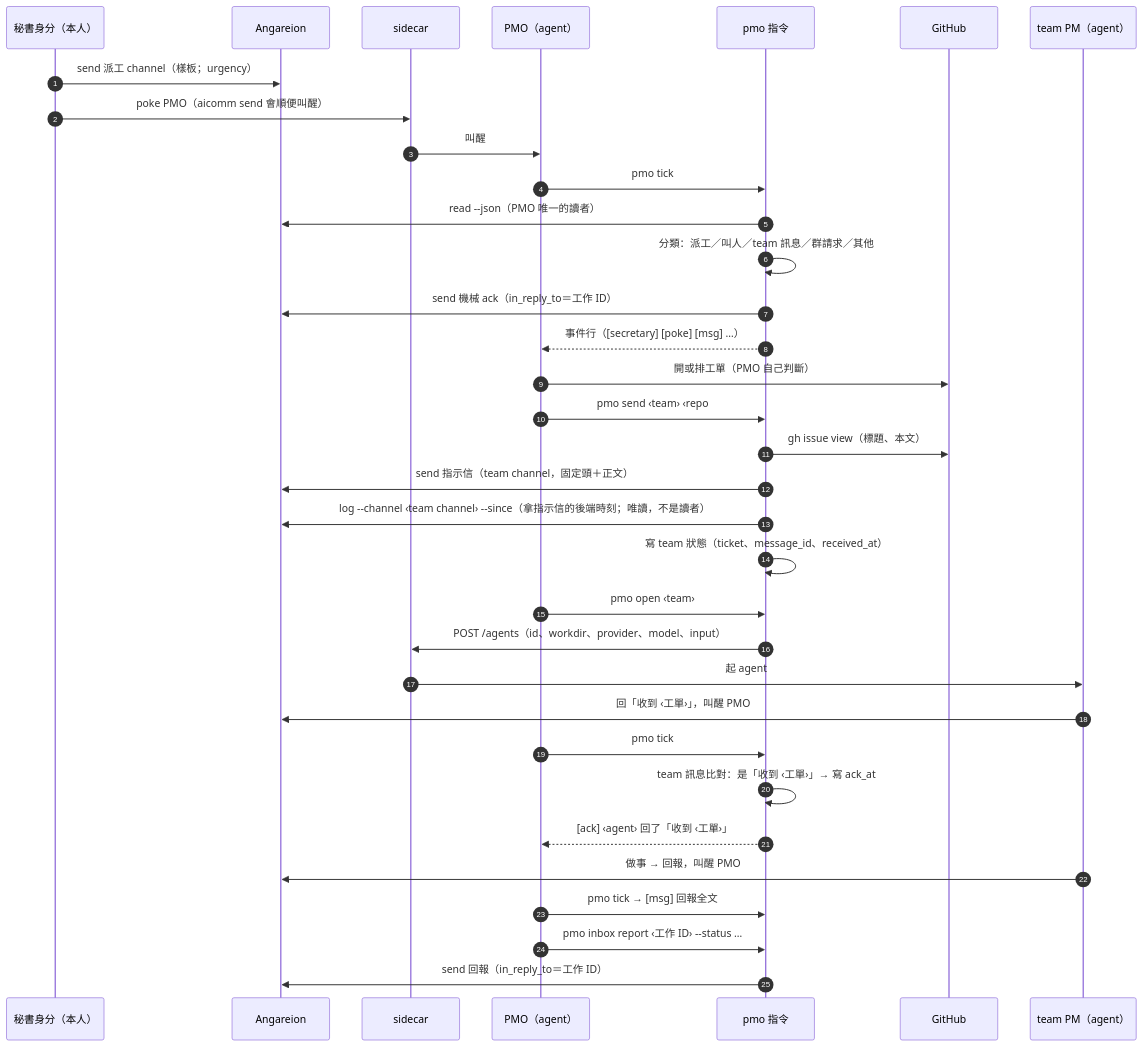
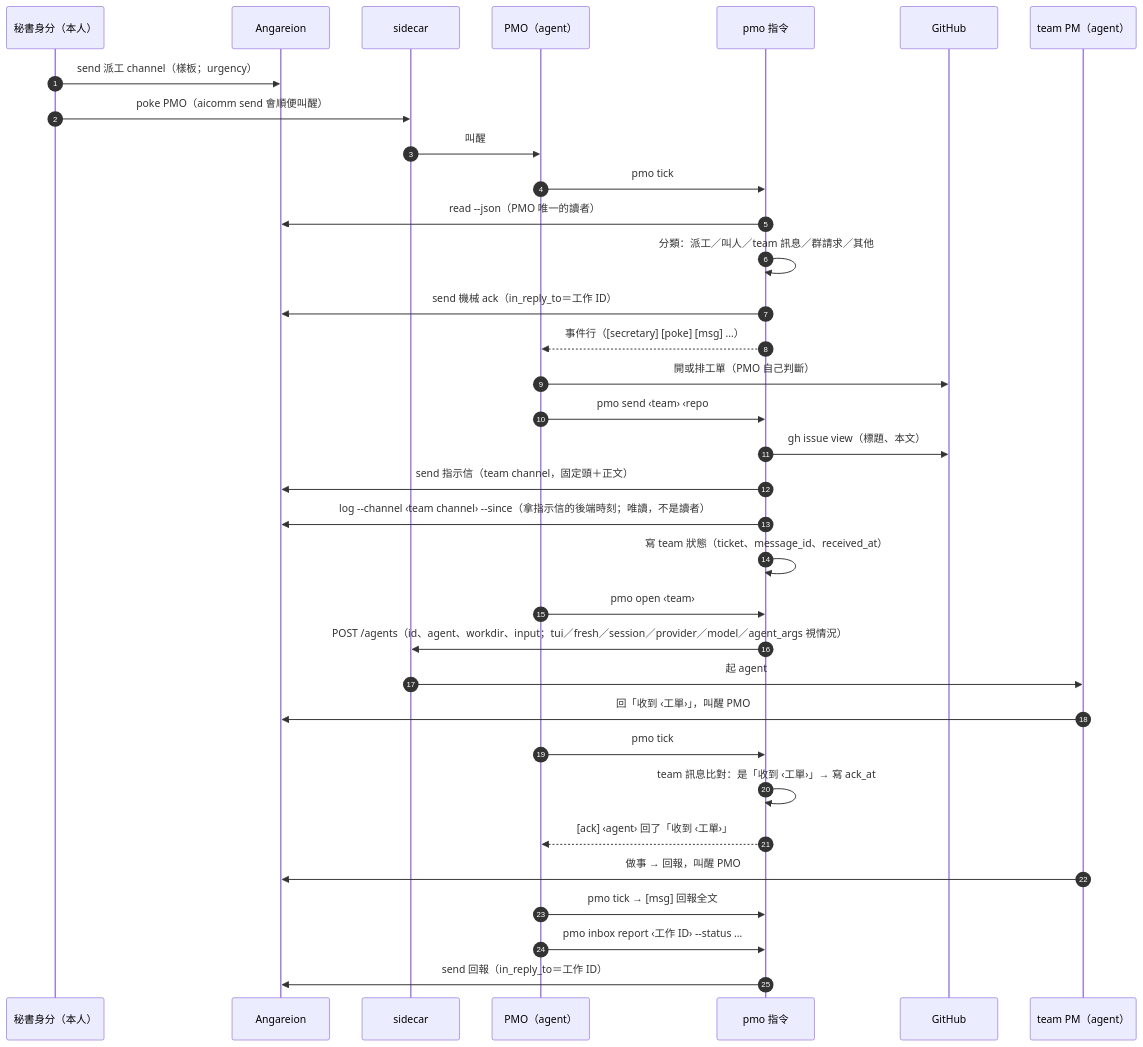
One commit to FATESAIKOU/MyAiStorage changed the second of 5 diagrams in docs/design-notes/110-pmo-skill.md. Above: the diagram before and after it, drawn with Mermaid. The commit also changed other lines of this file and 17 other files, not shown here.

````diff
--- a/docs/design-notes/110-pmo-skill.md
+++ b/docs/design-notes/110-pmo-skill.md
@@ -105,36 +105,36 @@
 ```mermaid
 sequenceDiagram
     autonumber
     participant S as 秘書身分（本人）
     participant A as Angareion
     participant SC as sidecar
     participant P as PMO（agent）
     participant K as pmo 指令
     participant G as GitHub
     participant M as team PM（agent）
     S->>A: send 派工 channel（樣板；urgency）
     S->>SC: poke PMO（aicomm send 會順便叫醒）
     SC->>P: 叫醒
     P->>K: pmo tick
     K->>A: read --json（PMO 唯一的讀者）
     K->>K: 分類：派工／叫人／team 訊息／群請求／其他
     K->>A: send 機械 ack（in_reply_to＝工作 ID）
     K-->>P: 事件行（[secretary] [poke] [msg] …）
     P->>G: 開或排工單（PMO 自己判斷）
     P->>K: pmo send ‹team› ‹repo#n› --body -
     K->>G: gh issue view（標題、本文）
     K->>A: send 指示信（team channel，固定頭＋正文）
     K->>A: log --channel ‹team channel› --since（拿指示信的後端時刻；唯讀，不是讀者）
     K->>K: 寫 team 狀態（ticket、message_id、received_at）
     P->>K: pmo open ‹team›
-    K->>SC: POST /agents（id、workdir、provider、model、input）
+    K->>SC: POST /agents（id、agent、workdir、input；tui／fresh／session／provider／model／agent_args 視情況）
     SC->>M: 起 agent
     M->>A: 回「收到 ‹工單›」，叫醒 PMO
     P->>K: pmo tick
     K->>K: team 訊息比對：是「收到 ‹工單›」→ 寫 ack_at
     K-->>P: [ack] ‹agent› 回了「收到 ‹工單›」
     M->>A: 做事 → 回報，叫醒 PMO
     P->>K: pmo tick → [msg] 回報全文
     P->>K: pmo inbox report ‹工作 ID› --status …
     K->>A: send 回報（in_reply_to＝工作 ID）
 ```
````
